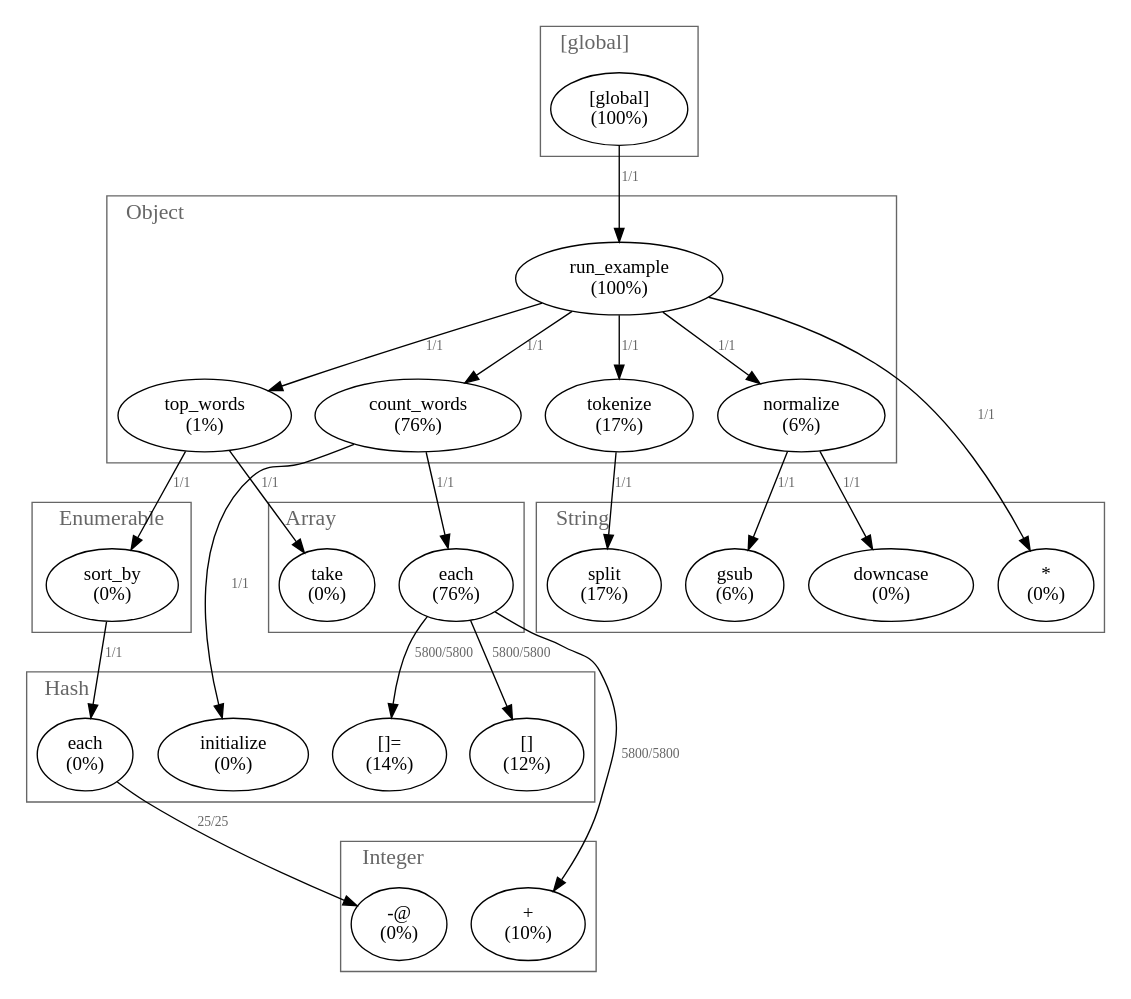
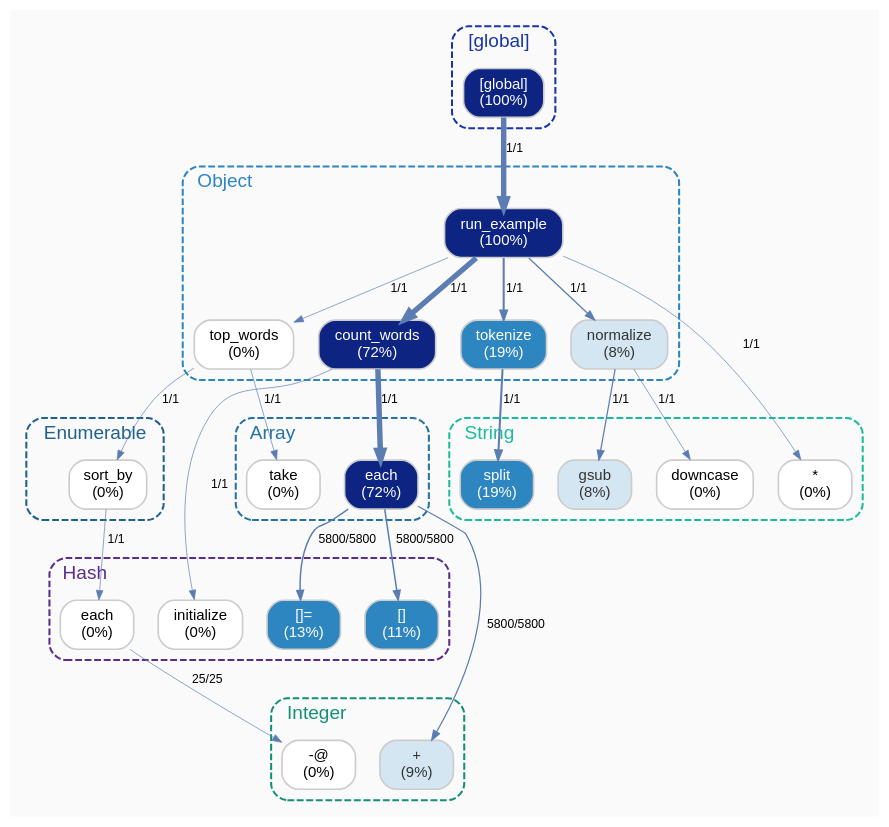
Before and after one commit to ruby-prof/ruby-prof.github.io: the diagram in public/examples/reports/graph.dot, drawn with Graphviz. The commit also changed 25 other files, not shown here.

```diff
--- a/public/examples/reports/graph.dot
+++ b/public/examples/reports/graph.dot
@@ -1,104 +1,129 @@
 digraph "Profile" {
+rankdir=TB;
+bgcolor="#FAFAFA";
+node [fontname="Helvetica" fontsize=11 style="filled,rounded" shape=box fillcolor="#FFFFFF" color="#CCCCCC" penwidth=1.2];
+edge [fontname="Helvetica" fontsize=9 color="#5B7DB1" arrowsize=0.7];
 labelloc=t;
 labeljust=l;
 subgraph "Thread 464" {
 624 [label="take\n(0%)"];
 632 [label="-@\n(0%)"];
 640 [label="each\n(0%)"];
-640 -> 632 [label="25/25" fontsize=10 fontcolor="#666666"];
+640 -> 632 [label="25/25" penwidth=0.5];
 648 [label="sort_by\n(0%)"];
-648 -> 640 [label="1/1" fontsize=10 fontcolor="#666666"];
-656 [label="top_words\n(1%)"];
-656 -> 648 [label="1/1" fontsize=10 fontcolor="#666666"];
-656 -> 624 [label="1/1" fontsize=10 fontcolor="#666666"];
-664 [label="[]=\n(14%)"];
-672 [label="+\n(10%)"];
-680 [label="[]\n(12%)"];
-688 [label="each\n(76%)"];
-688 -> 664 [label="5800/5800" fontsize=10 fontcolor="#666666"];
-688 -> 680 [label="5800/5800" fontsize=10 fontcolor="#666666"];
-688 -> 672 [label="5800/5800" fontsize=10 fontcolor="#666666"];
+648 -> 640 [label="1/1" penwidth=0.5];
+656 [label="top_words\n(0%)"];
+656 -> 648 [label="1/1" penwidth=0.5];
+656 -> 624 [label="1/1" penwidth=0.5];
+664 [label="[]=\n(13%)" fillcolor="#2E86C1" fontcolor="#FFFFFF"];
+672 [label="+\n(9%)" fillcolor="#D4E6F1" fontcolor="#333333"];
+680 [label="[]\n(11%)" fillcolor="#2E86C1" fontcolor="#FFFFFF"];
+688 [label="each\n(72%)" fillcolor="#0D2483" fontcolor="#FFFFFF"];
+688 -> 664 [label="5800/5800" penwidth=1.1];
+688 -> 680 [label="5800/5800" penwidth=1.1];
+688 -> 672 [label="5800/5800" penwidth=0.9];
 696 [label="initialize\n(0%)"];
-704 [label="count_words\n(76%)"];
-704 -> 688 [label="1/1" fontsize=10 fontcolor="#666666"];
-704 -> 696 [label="1/1" fontsize=10 fontcolor="#666666"];
-712 [label="split\n(17%)"];
-720 [label="tokenize\n(17%)"];
-720 -> 712 [label="1/1" fontsize=10 fontcolor="#666666"];
-728 [label="gsub\n(6%)"];
+704 [label="count_words\n(72%)" fillcolor="#0D2483" fontcolor="#FFFFFF"];
+704 -> 688 [label="1/1" penwidth=4.0];
+704 -> 696 [label="1/1" penwidth=0.5];
+712 [label="split\n(19%)" fillcolor="#2E86C1" fontcolor="#FFFFFF"];
+720 [label="tokenize\n(19%)" fillcolor="#2E86C1" fontcolor="#FFFFFF"];
+720 -> 712 [label="1/1" penwidth=1.5];
+728 [label="gsub\n(8%)" fillcolor="#D4E6F1" fontcolor="#333333"];
 736 [label="downcase\n(0%)"];
-744 [label="normalize\n(6%)"];
-744 -> 728 [label="1/1" fontsize=10 fontcolor="#666666"];
-744 -> 736 [label="1/1" fontsize=10 fontcolor="#666666"];
+744 [label="normalize\n(8%)" fillcolor="#D4E6F1" fontcolor="#333333"];
+744 -> 728 [label="1/1" penwidth=0.9];
+744 -> 736 [label="1/1" penwidth=0.5];
 752 [label="*\n(0%)"];
-760 [label="run_example\n(100%)"];
-760 -> 704 [label="1/1" fontsize=10 fontcolor="#666666"];
-760 -> 720 [label="1/1" fontsize=10 fontcolor="#666666"];
-760 -> 744 [label="1/1" fontsize=10 fontcolor="#666666"];
-760 -> 656 [label="1/1" fontsize=10 fontcolor="#666666"];
-760 -> 752 [label="1/1" fontsize=10 fontcolor="#666666"];
-768 [label="[global]\n(100%)"];
-768 -> 760 [label="1/1" fontsize=10 fontcolor="#666666"];
+760 [label="run_example\n(100%)" fillcolor="#0D2483" fontcolor="#FFFFFF"];
+760 -> 704 [label="1/1" penwidth=4.0];
+760 -> 720 [label="1/1" penwidth=1.5];
+760 -> 744 [label="1/1" penwidth=0.9];
+760 -> 656 [label="1/1" penwidth=0.5];
+760 -> 752 [label="1/1" penwidth=0.5];
+768 [label="[global]\n(100%)" fillcolor="#0D2483" fontcolor="#FFFFFF"];
+768 -> 760 [label="1/1" penwidth=4.0];
 }
 subgraph cluster_776 {
 label = "[global]";
-fontcolor = "#666666";
-fontsize = 16;
-color = "#666666";
+fontname = "Helvetica";
+fontcolor = "#1A35A6";
+fontsize = 14;
+color = "#1A35A6";
+style = "rounded,dashed";
+penwidth = 1.5;
 768;
 }
 subgraph cluster_784 {
 label = "Object";
-fontcolor = "#666666";
-fontsize = 16;
-color = "#666666";
+fontname = "Helvetica";
+fontcolor = "#2E86C1";
+fontsize = 14;
+color = "#2E86C1";
+style = "rounded,dashed";
+penwidth = 1.5;
 760;
 744;
 720;
 704;
 656;
 }
 subgraph cluster_792 {
 label = "String";
-fontcolor = "#666666";
-fontsize = 16;
-color = "#666666";
+fontname = "Helvetica";
+fontcolor = "#1ABC9C";
+fontsize = 14;
+color = "#1ABC9C";
+style = "rounded,dashed";
+penwidth = 1.5;
 752;
 736;
 728;
 712;
 }
 subgraph cluster_800 {
 label = "Hash";
-fontcolor = "#666666";
-fontsize = 16;
-color = "#666666";
+fontname = "Helvetica";
+fontcolor = "#5B2C8E";
+fontsize = 14;
+color = "#5B2C8E";
+style = "rounded,dashed";
+penwidth = 1.5;
 696;
 680;
 664;
 640;
 }
 subgraph cluster_808 {
 label = "Array";
-fontcolor = "#666666";
-fontsize = 16;
-color = "#666666";
+fontname = "Helvetica";
+fontcolor = "#2471A3";
+fontsize = 14;
+color = "#2471A3";
+style = "rounded,dashed";
+penwidth = 1.5;
 688;
 624;
 }
 subgraph cluster_816 {
 label = "Integer";
-fontcolor = "#666666";
-fontsize = 16;
-color = "#666666";
+fontname = "Helvetica";
+fontcolor = "#148F77";
+fontsize = 14;
+color = "#148F77";
+style = "rounded,dashed";
+penwidth = 1.5;
 672;
 632;
 }
 subgraph cluster_824 {
 label = "Enumerable";
-fontcolor = "#666666";
-fontsize = 16;
-color = "#666666";
+fontname = "Helvetica";
+fontcolor = "#1F618D";
+fontsize = 14;
+color = "#1F618D";
+style = "rounded,dashed";
+penwidth = 1.5;
 648;
 }
 }
```
